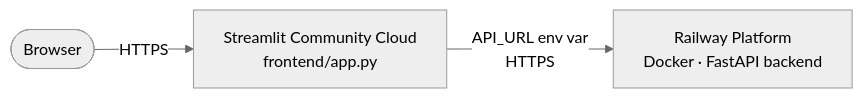
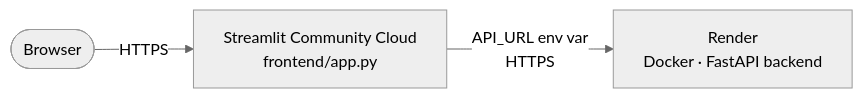
The second of 3 diagrams in README.md (BhanuPanuganti/AI-Indian-Rail-Travel-Assistant), drawn with Mermaid (neutral theme) before and after one commit. The commit also changed other lines of this file and 34 other files, not shown here.

````diff
--- a/README.md
+++ b/README.md
@@ -121,9 +122,9 @@
 ```mermaid
 flowchart LR
     Browser([Browser])
     StreamlitCloud[Streamlit Community Cloud\nfrontend/app.py]
-    RailwayPlatform[Railway Platform\nDocker · FastAPI backend]
+    RailwayPlatform[Render\nDocker · FastAPI backend]
 
     Browser -->|HTTPS| StreamlitCloud
     StreamlitCloud -->|API_URL env var\nHTTPS| RailwayPlatform
 ```
````
